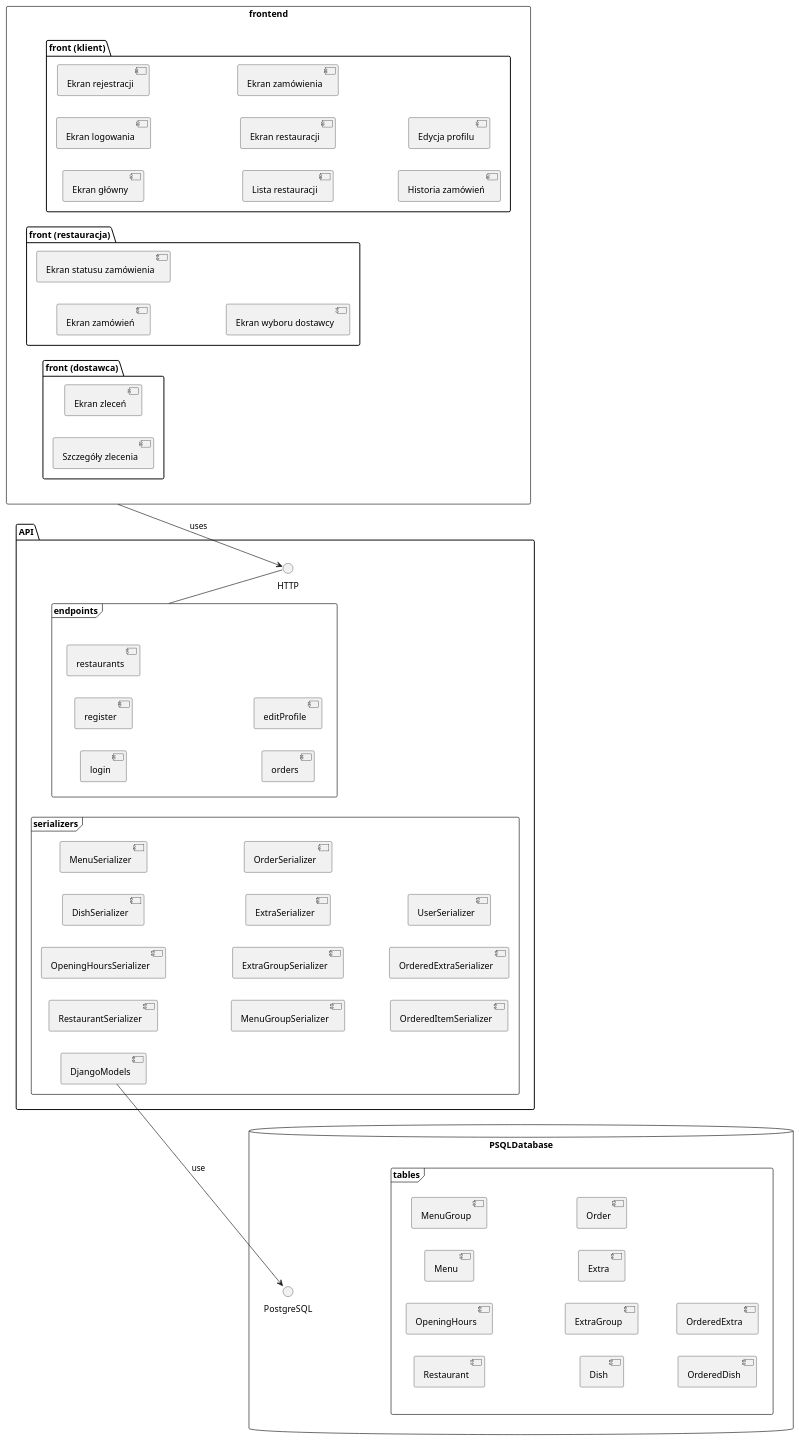
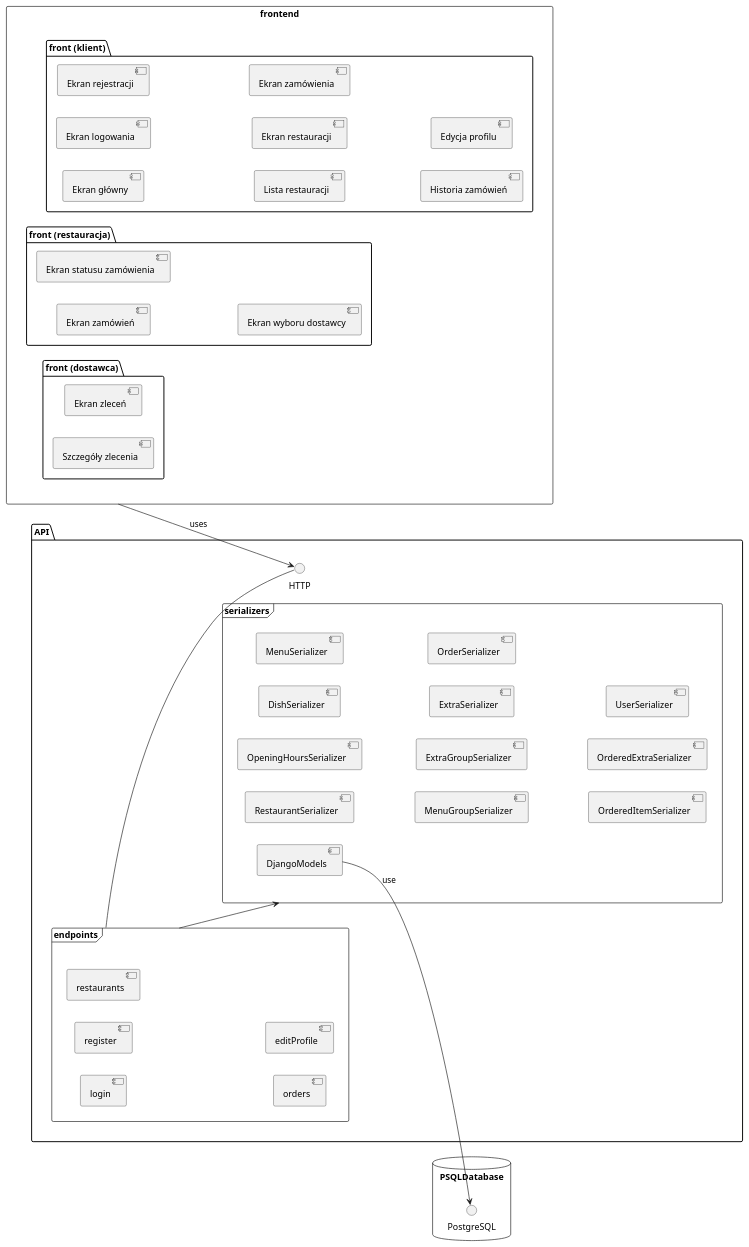
One commit to amelinium23/food-ordering-and-delivering-service changed the diagram in docs/component_diagram.md. Above: the diagram before and after it, drawn with PlantUML. The commit also changed 1 other file, not shown here.

Commit message:
Diagram modifications

````diff
--- a/docs/component_diagram.md
+++ b/docs/component_diagram.md
@@ -1,77 +1,65 @@
 ```plantuml
 @startuml components
 left to right direction
 
 rectangle "frontend" as frontend {
 package "front (klient)" as clientFront {
     component "Ekran główny" as homescreen
     component "Ekran logowania" as loginscreen
     component "Ekran rejestracji" as registerscreen
     component "Lista restauracji" as restaurantsscreen
     component "Ekran restauracji" as restaurantscreen
     component "Ekran zamówienia" as orderscreen
     component "Historia zamówień" as orderhistory
     component "Edycja profilu" as profile
 }
 
 package "front (restauracja)" as restaurantFront {
     component "Ekran zamówień" as ordersscreen
     component "Ekran statusu zamówienia" as orderstatus
     component "Ekran wyboru dostawcy" as couriers
 }
 
 
 package "front (dostawca)" {
     component "Ekran zleceń" as deliveries
     component "Szczegóły zlecenia" as delivery
 }
     }
 package "API" {
     interface HTTP
     frame "endpoints" as endpoints {
         component login
         component register
         component restaurants
         component orders
         component editProfile
     }
     frame "serializers" as serializers {
         component DjangoModels
         component RestaurantSerializer
         component OpeningHoursSerializer
         component DishSerializer
         component MenuSerializer
         component MenuGroupSerializer
         component ExtraGroupSerializer
         component MenuGroupSerializer
         component ExtraSerializer
         component OrderSerializer
         component OrderedItemSerializer
         component OrderedExtraSerializer
         component UserSerializer
     }
 }
 
 database "PSQLDatabase" {
     interface PostgreSQL
-    frame "tables" as tables{
-    component Restaurant
-    component OpeningHours
-    component Menu
-    component MenuGroup
-    component Dish
-    component ExtraGroup
-    component Extra
-    component Order
-    component OrderedDish
-    component OrderedExtra
-    }
 }
 frontend --> HTTP : uses
 DjangoModels --> PostgreSQL : use
 endpoints -d- HTTP
-PostgreSQL -[hidden]d- tables
+endpoints --> serializers
 
 
 @enduml
 ```
````
